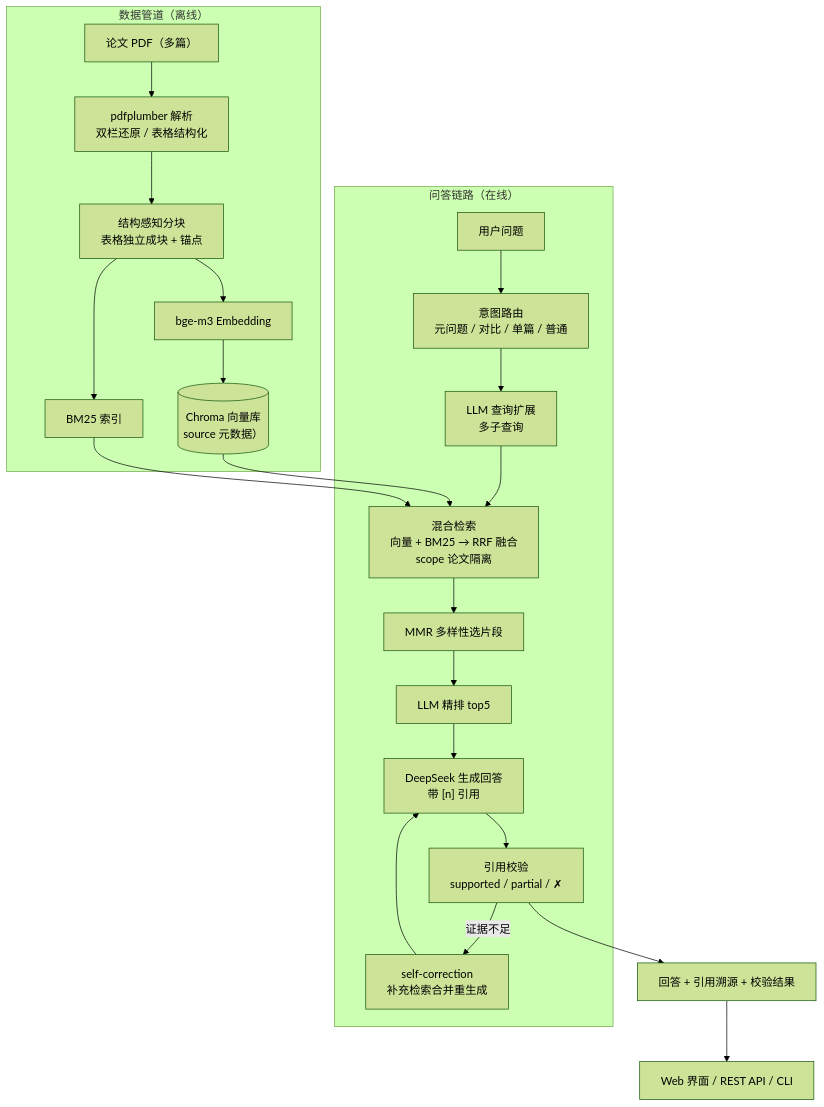
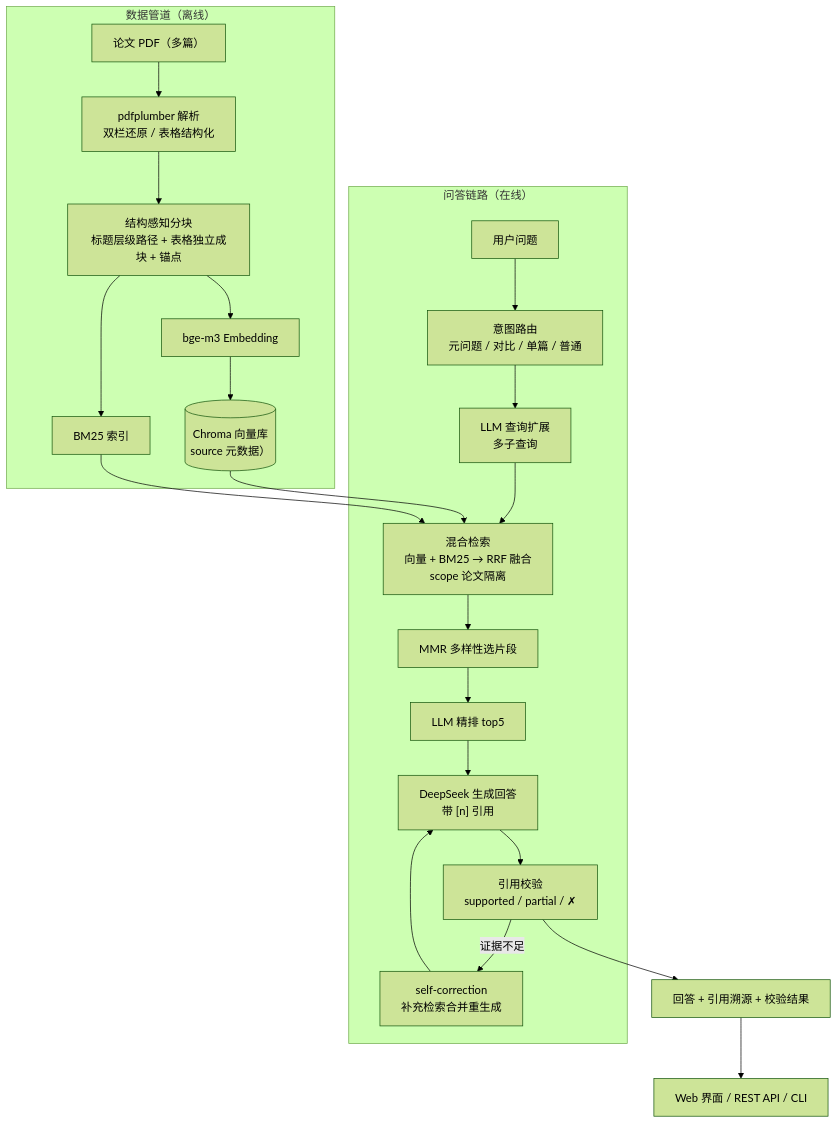
The diagram in README.md (Xushule/paper-rag-assistant), drawn with Mermaid (forest theme) before and after one commit. The commit also changed other lines of this file and 2 other files, not shown here.

Commit message:
feat: 分块标题层级路径（标题栈，四级标题带一/二/三级父标题）；顺带修复白名单整行误判/错挂父级/References分裂三个标题识别bug

````diff
--- a/README.md
+++ b/README.md
@@ -41,27 +41,27 @@
 ```mermaid
 flowchart TB
     subgraph IN["数据管道（离线）"]
         PDF["论文 PDF（多篇）"] --> PARSE["pdfplumber 解析<br/>双栏还原 / 表格结构化"]
-        PARSE --> CHUNK["结构感知分块<br/>表格独立成块 + 锚点"]
+        PARSE --> CHUNK["结构感知分块<br/>标题层级路径 + 表格独立成块 + 锚点"]
         CHUNK --> EMB["bge-m3 Embedding"]
         CHUNK --> BM25["BM25 索引"]
         EMB --> VDB[("Chroma 向量库<br/>source 元数据）")]
     end
 
     subgraph QA["问答链路（在线）"]
         Q["用户问题"] --> ROUTE["意图路由<br/>元问题 / 对比 / 单篇 / 普通"]
         ROUTE --> EXPAND["LLM 查询扩展<br/>多子查询"]
         EXPAND --> HYBRID["混合检索<br/>向量 + BM25 → RRF 融合<br/>scope 论文隔离"]
         HYBRID --> MMR["MMR 多样性选片段"]
         MMR --> RERANK["LLM 精排 top5"]
         RERANK --> GEN["DeepSeek 生成回答<br/>带 [n] 引用"]
         GEN --> VERIFY["引用校验<br/>supported / partial / ✗"]
         VERIFY -->|"证据不足"| RETRY["self-correction<br/>补充检索合并重生成"]
         RETRY --> GEN
     end
 
     VDB --> HYBRID
     BM25 --> HYBRID
     VERIFY --> OUT["回答 + 引用溯源 + 校验结果"]
     OUT --> UI["Web 界面 / REST API / CLI"]
 ```
````
